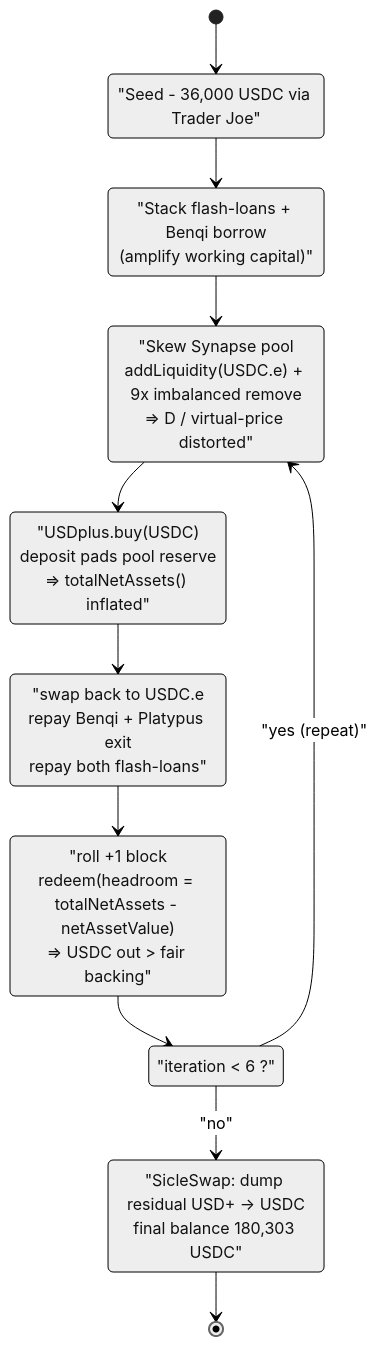
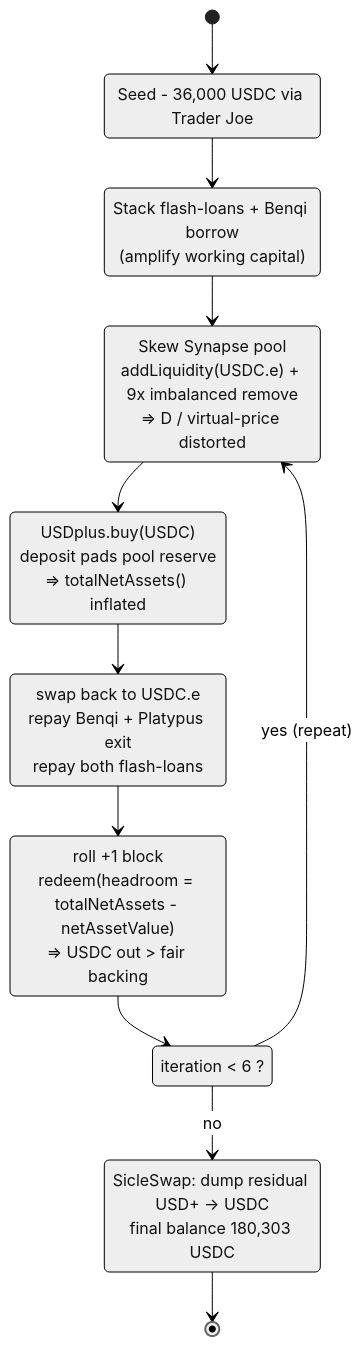
The second of 3 diagrams in 2022-12-Overnight_exp/Overnight_exp.md (sanbir/evm-hack-registry), drawn with Mermaid (neutral theme) before and after one commit. The commit also changed 280 other files, not shown here.

Commit message:
mermaid fixes

````diff
--- a/2022-12-Overnight_exp/Overnight_exp.md
+++ b/2022-12-Overnight_exp/Overnight_exp.md
@@ -335,28 +335,28 @@
 ```mermaid
 stateDiagram-v2
     [*] --> Seed
-    Seed: "Seed - 36,000 USDC via Trader Joe"
+    Seed: Seed - 36,000 USDC via Trader Joe
     Seed --> Borrow
 
-    Borrow: "Stack flash-loans + Benqi borrow<br/>(amplify working capital)"
+    Borrow: Stack flash-loans + Benqi borrow<br/>(amplify working capital)
     Borrow --> Skew
 
-    Skew: "Skew Synapse pool<br/>addLiquidity(USDC.e) + 9x imbalanced remove<br/>=> D / virtual-price distorted"
+    Skew: Skew Synapse pool<br/>addLiquidity(USDC.e) + 9x imbalanced remove<br/>=> D / virtual-price distorted
     Skew --> Mint
 
-    Mint: "USDplus.buy(USDC)<br/>deposit pads pool reserve<br/>=> totalNetAssets() inflated"
+    Mint: USDplus.buy(USDC)<br/>deposit pads pool reserve<br/>=> totalNetAssets() inflated
     Mint --> Unwind
 
-    Unwind: "swap back to USDC.e<br/>repay Benqi + Platypus exit<br/>repay both flash-loans"
+    Unwind: swap back to USDC.e<br/>repay Benqi + Platypus exit<br/>repay both flash-loans
     Unwind --> Redeem
 
-    Redeem: "roll +1 block<br/>redeem(headroom = totalNetAssets - netAssetValue)<br/>=> USDC out > fair backing"
+    Redeem: roll +1 block<br/>redeem(headroom = totalNetAssets - netAssetValue)<br/>=> USDC out > fair backing
     Redeem --> Check
 
-    Check: "iteration < 6 ?"
-    Check --> Skew: "yes (repeat)"
-    Check --> Dump: "no"
+    Check: iteration < 6 ?
+    Check --> Skew: yes (repeat)
+    Check --> Dump: no
 
-    Dump: "SicleSwap: dump residual USD+ -> USDC<br/>final balance 180,303 USDC"
+    Dump: SicleSwap#58; dump residual USD+ -> USDC<br/>final balance 180,303 USDC
     Dump --> [*]
 ```
````
